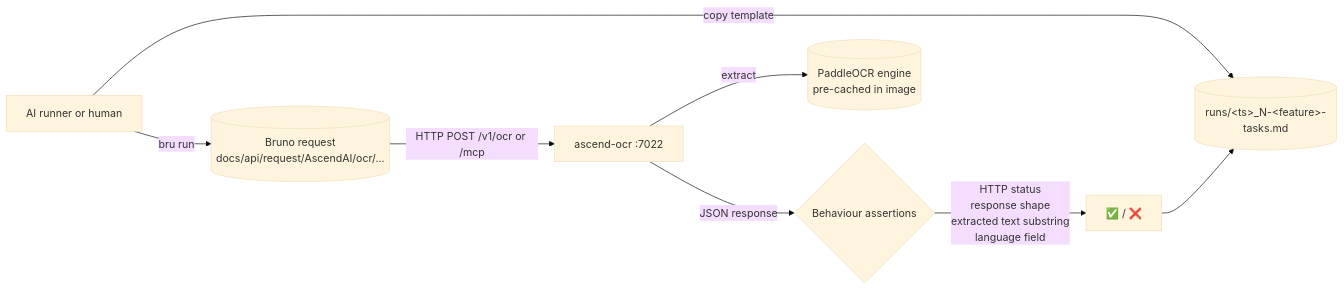
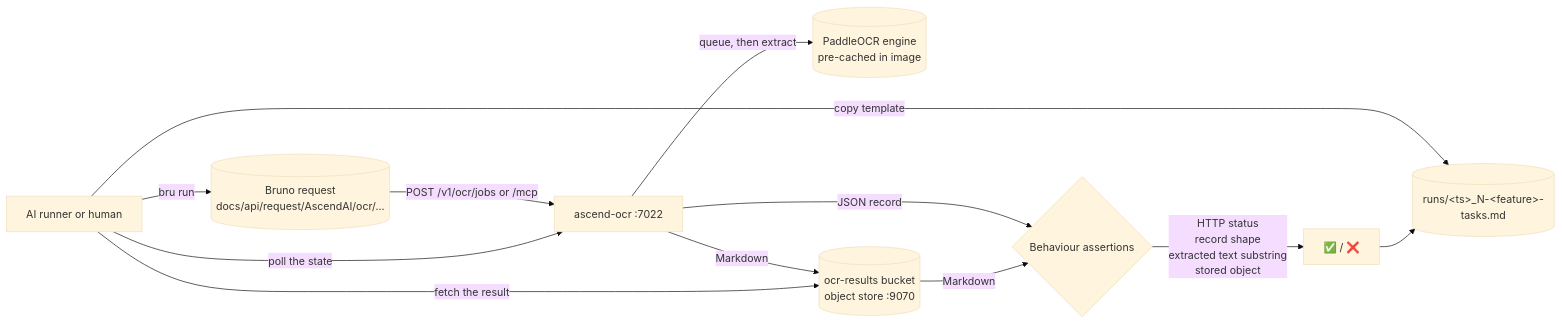
The diagram in apps/ascend-ocr/e2e/README.md (Lukk17/AscendAI), drawn with Mermaid (base theme) before and after one commit. The commit also changed other lines of this file and 1022 other files, not shown here.

First line of the commit message:
feat(ocr): move ascend-ocr to a job interface, add Pact contract tests and release six services (#5)

````diff
--- a/apps/ascend-ocr/e2e/README.md
+++ b/apps/ascend-ocr/e2e/README.md
@@ -66,10 +104,14 @@
 ```mermaid
 flowchart LR
     Runner[AI runner or human] -->|copy template| Record[(runs/&lt;ts&gt;_N-&lt;feature&gt;-tasks.md)]
     Runner -->|bru run| Req[(Bruno request<br/>docs/api/request/AscendAI/ocr/...)]
-    Req -->|HTTP POST /v1/ocr or /mcp| Paddle[ascend-ocr :7022]
-    Paddle -->|extract| Engine[(PaddleOCR engine<br/>pre-cached in image)]
-    Paddle -->|JSON response| Verify{Behaviour assertions}
-    Verify -->|HTTP status<br/>response shape<br/>extracted text substring<br/>language field| Result[✅ / ❌]
+    Req -->|POST /v1/ocr/jobs or /mcp| Paddle[ascend-ocr :7022]
+    Paddle -->|queue, then extract| Engine[(PaddleOCR engine<br/>pre-cached in image)]
+    Paddle -->|Markdown| Bucket[(ocr-results bucket<br/>object store :9070)]
+    Runner -->|poll the state| Paddle
+    Runner -->|fetch the result| Bucket
+    Paddle -->|JSON record| Verify{Behaviour assertions}
+    Bucket -->|Markdown| Verify
+    Verify -->|HTTP status<br/>record shape<br/>extracted text substring<br/>stored object| Result[✅ / ❌]
     Result --> Record
 ```
````
